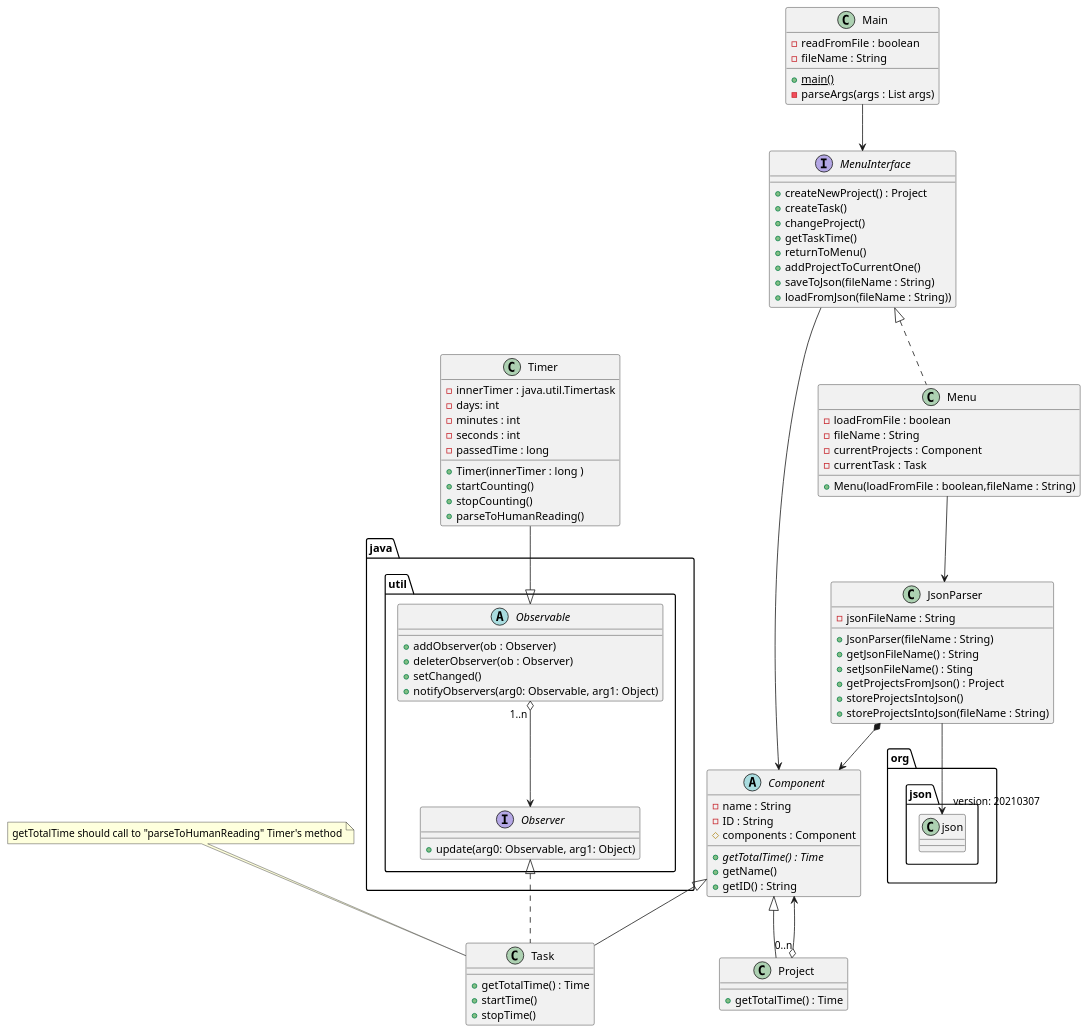
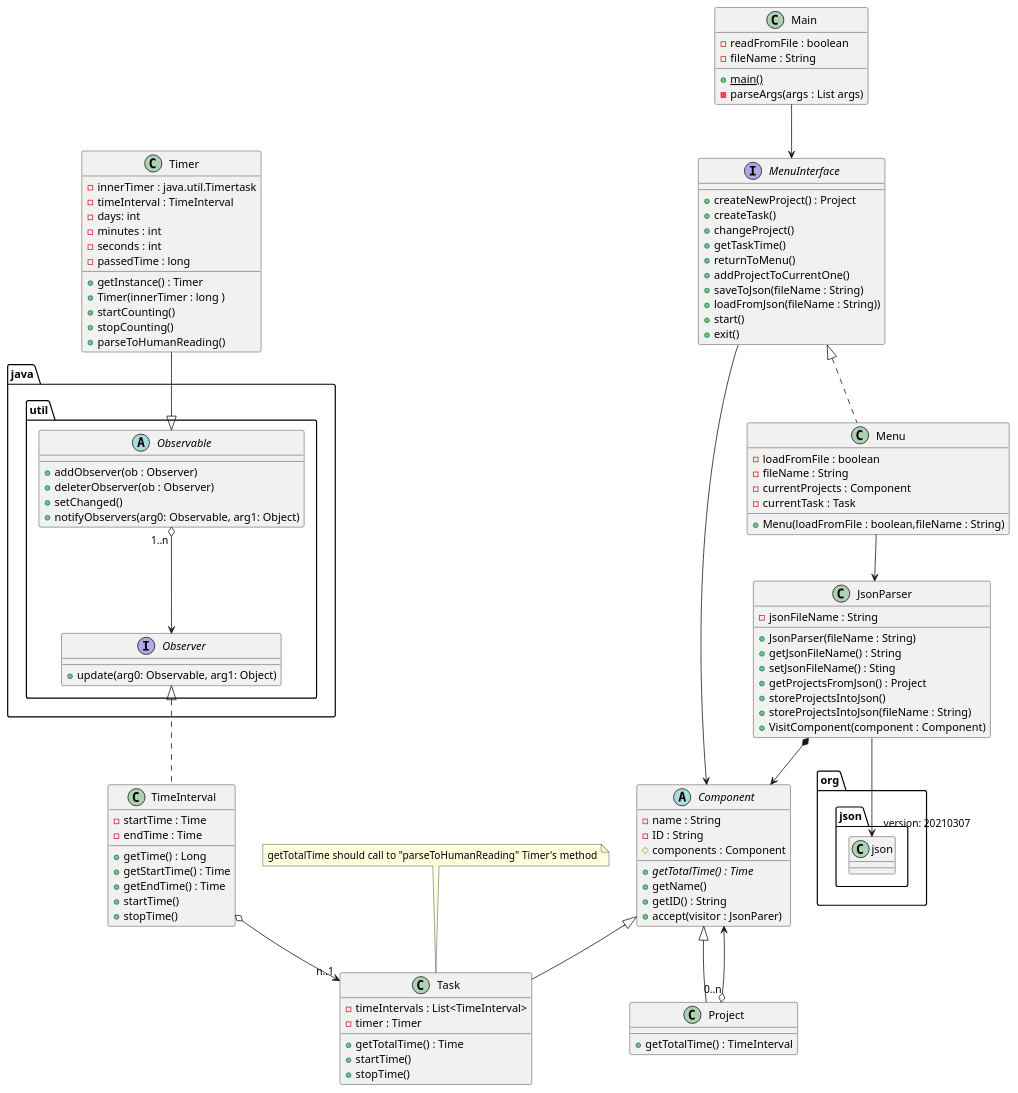
One commit to gaspar44/time-tracking changed the diagram in src/main/resources/design.puml. Above: the diagram before and after it, drawn with PlantUML. The commit also changed 1 other file, not shown here.

Commit message:
Changed PlantUML to add visitor

```diff
--- a/src/main/resources/design.puml
+++ b/src/main/resources/design.puml
@@ -1,97 +1,116 @@
 @startuml
 abstract class Component {
     - name : String
     - ID : String
     # components : Component
     + {abstract} getTotalTime() : Time
     + getName()
     + getID() : String
+    + accept(visitor : JsonParer)
+}
+
+class TimeInterval  implements java.util.Observer {
+    - startTime : Time
+    - endTime : Time
+    + getTime() : Long
+    + getStartTime() : Time
+    + getEndTime() : Time
+    + startTime()
+    + stopTime()
 }
 
 abstract class java.util.Observable{
 
 + addObserver(ob : Observer)
 + deleterObserver(ob : Observer)
 + setChanged()
 + notifyObservers(arg0: Observable, arg1: Object)
 
 }
 
 interface java.util.Observer {
 
 + update(arg0: Observable, arg1: Object)
 
 }
 
 
 class Project extends Component{
-    + getTotalTime() : Time
+    + getTotalTime() : TimeInterval
 }
 
-class Task extends Component implements java.util.Observer{
+class Task extends Component {
+    - timeIntervals : List<TimeInterval>
+    - timer : Timer
     + getTotalTime() : Time
     + startTime()
     + stopTime()
 }
 
 class Timer {
     - innerTimer : java.util.Timertask
+    - timeInterval : TimeInterval
     - days: int
     - minutes : int
     - seconds : int
     - passedTime : long
+    + getInstance() : Timer
     + Timer(innerTimer : long )
     + startCounting()
     + stopCounting()
     + parseToHumanReading()
 }
 
 class JsonParser {
     - jsonFileName : String
     + JsonParser(fileName : String)
     + getJsonFileName() : String
     + setJsonFileName() : Sting
     + getProjectsFromJson() : Project
     + storeProjectsIntoJson()
     + storeProjectsIntoJson(fileName : String)
+    + VisitComponent(component : Component)
 }
 
 class Main {
     - readFromFile : boolean
     - fileName : String
     + {static} main()
     - parseArgs(args : List args)
 }
 
 interface MenuInterface {
     + createNewProject() : Project
     + createTask()
     + changeProject()
     + getTaskTime()
     + returnToMenu()
     + addProjectToCurrentOne()
     + saveToJson(fileName : String)
     + loadFromJson(fileName : String))
+    + start()
+    + exit()
 }
 
 class Menu implements MenuInterface {
     + Menu(loadFromFile : boolean,fileName : String)
     - loadFromFile : boolean
     - fileName : String
     - currentProjects : Component
     - currentTask : Task
 }
 
 note top of Task {
     getTotalTime should call to "parseToHumanReading" Timer's method
 }
 
 JsonParser --> "version: 20210307" org.json.json
 Main --> MenuInterface
 Menu --> JsonParser
 JsonParser *--> Component
 Project "0..n" o--> Component
 MenuInterface --> Component
+TimeInterval o--> "n..1" Task
 java.util.Observable "1..n " o--> java.util.Observer
 Timer --|> java.util.Observable
 @enduml
```
